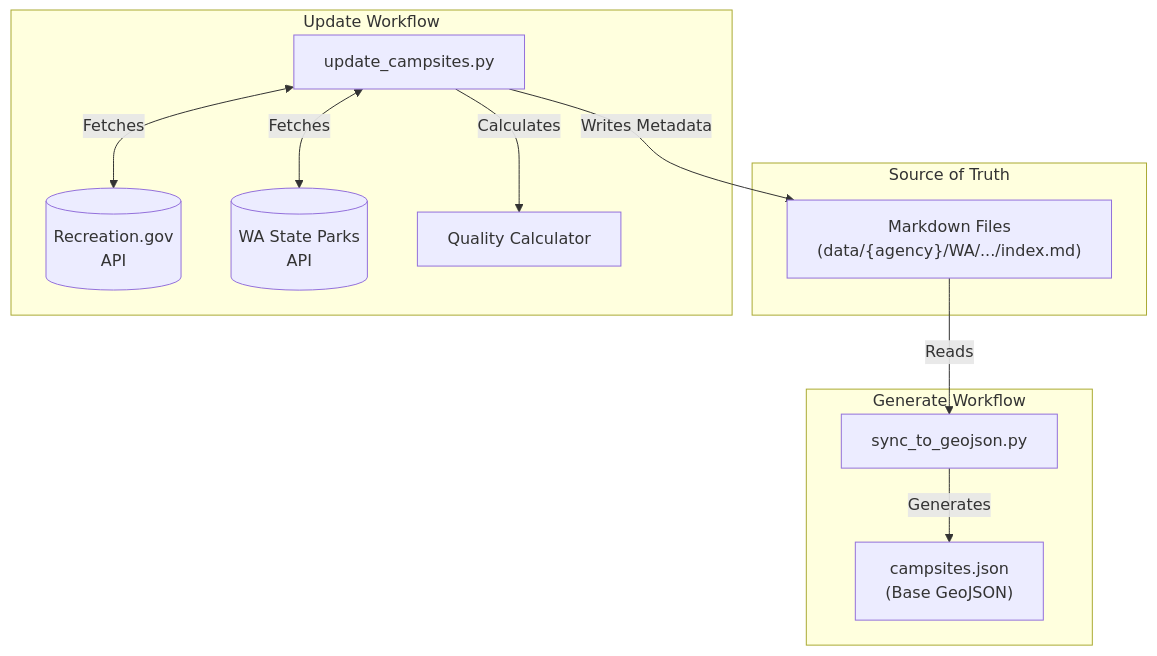
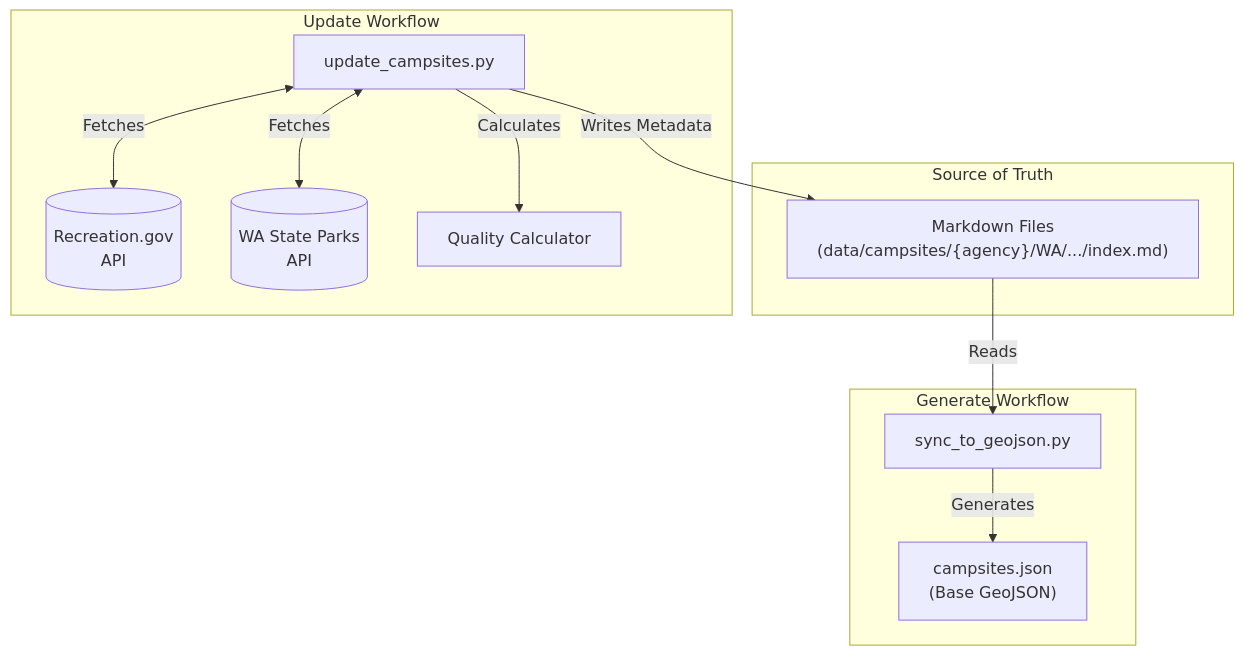
The diagram in data/README.md (robogeosociety/robot-geographical-society), drawn with Mermaid before and after one commit. The commit also changed 79 other files, not shown here.

Commit message:
refactor: Move campsite data to /campsites directory

````diff
--- a/data/README.md
+++ b/data/README.md
@@ -9,24 +9,24 @@
 ```mermaid
 graph TD
     subgraph Source["Source of Truth"]
-        MD["Markdown Files<br/>(data/{agency}/WA/.../index.md)"]
+        MD["Markdown Files<br/>(data/campsites/{agency}/WA/.../index.md)"]
     end
 
     subgraph UpdateWorkflow["Update Workflow"]
         Updater["update_campsites.py"]
         RecGov[("Recreation.gov<br/>API")]
         WAParks[("WA State Parks<br/>API")]
         Quality["Quality Calculator"]
         
         Updater <-->|Fetches| RecGov
         Updater <-->|Fetches| WAParks
         Updater -->|Calculates| Quality
         Updater -->|Writes Metadata| MD
     end
 
     subgraph GenerateWorkflow["Generate Workflow"]
         Sync["sync_to_geojson.py"]
         MD -->|Reads| Sync
         Sync -->|Generates| JSON["campsites.json<br/>(Base GeoJSON)"]
     end
 ```
````
